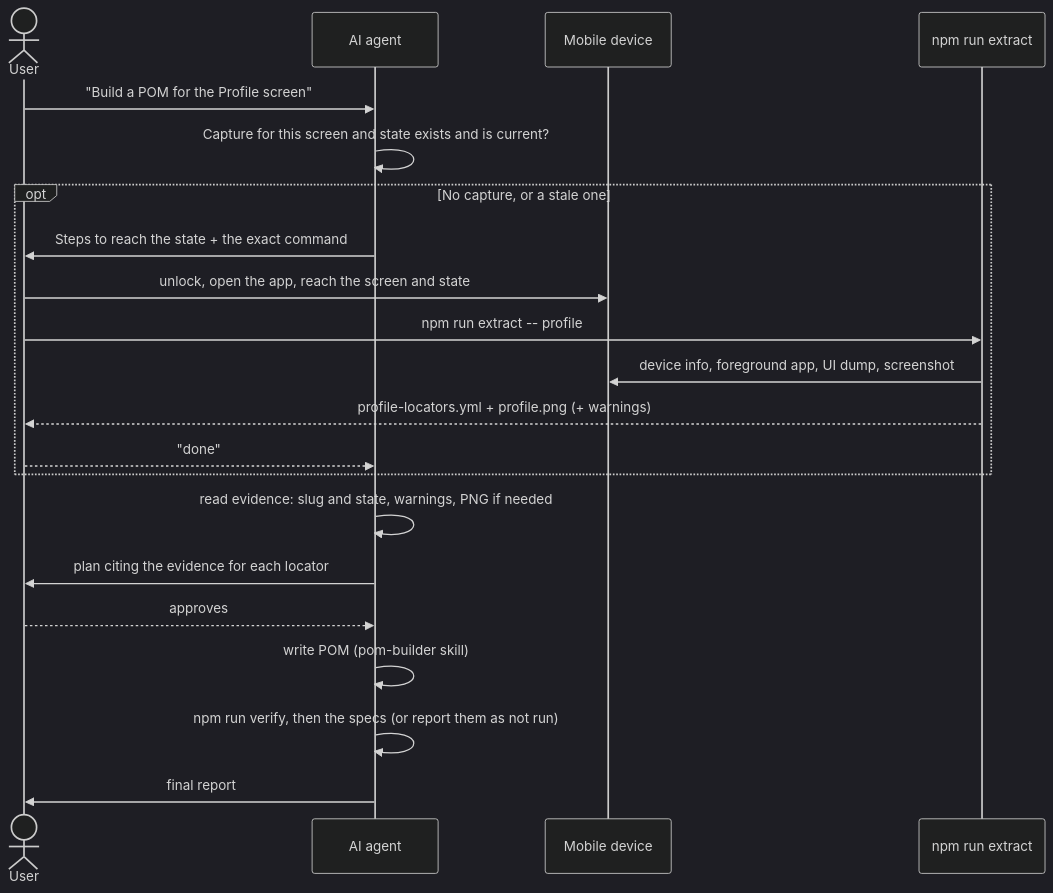
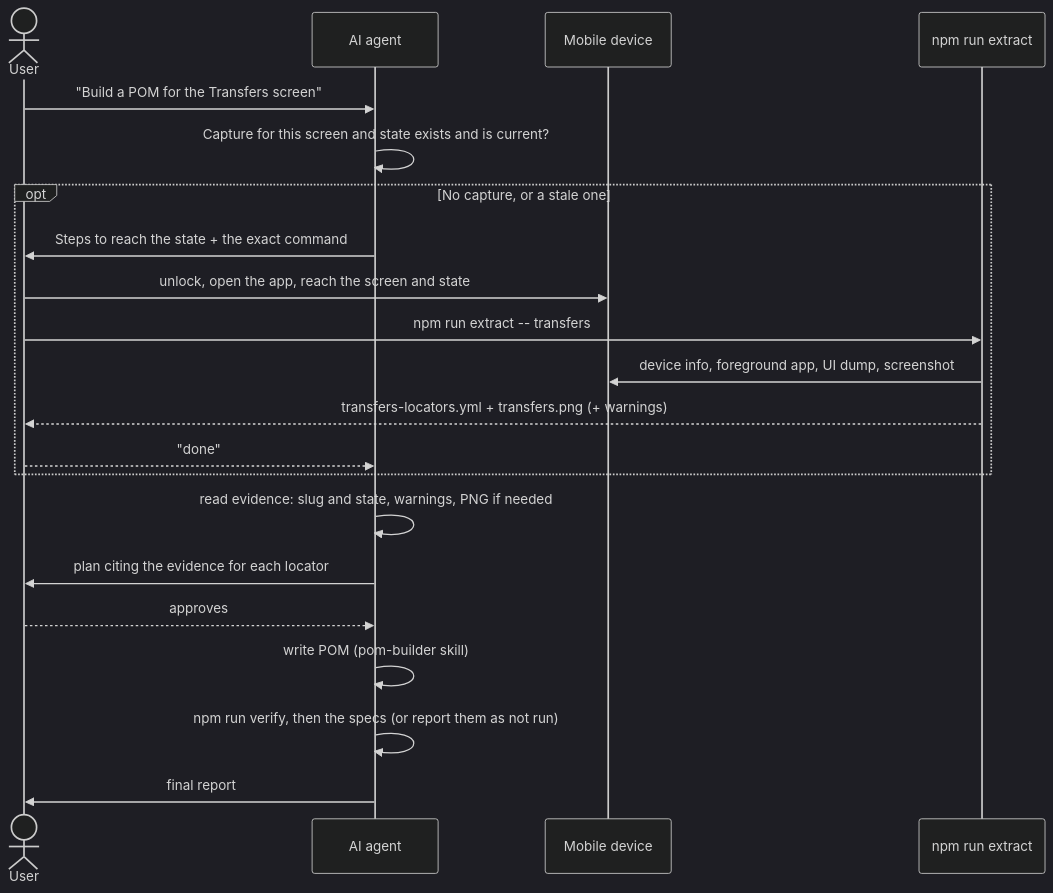
One commit to OmarGamall/mobilewright-poc-scb changed the diagram in docs/ai-integration.md. Above: the diagram before and after it, drawn with Mermaid (dark theme). The commit also changed other lines of this file and 3 other files, not shown here.

````diff
--- a/docs/ai-integration.md
+++ b/docs/ai-integration.md
@@ -21,24 +21,24 @@
 ```mermaid
 sequenceDiagram
     actor User
     participant Agent as AI agent
     participant Device as Mobile device
     participant Extractor as npm run extract
 
-    User->>Agent: "Build a POM for the Profile screen"
+    User->>Agent: "Build a POM for the Transfers screen"
     Agent->>Agent: Capture for this screen and state exists and is current?
     opt No capture, or a stale one
         Agent->>User: Steps to reach the state + the exact command
         User->>Device: unlock, open the app, reach the screen and state
-        User->>Extractor: npm run extract -- profile
+        User->>Extractor: npm run extract -- transfers
         Extractor->>Device: device info, foreground app, UI dump, screenshot
-        Extractor-->>User: profile-locators.yml + profile.png (+ warnings)
+        Extractor-->>User: transfers-locators.yml + transfers.png (+ warnings)
         User-->>Agent: "done"
     end
     Agent->>Agent: read evidence: slug and state, warnings, PNG if needed
     Agent->>User: plan citing the evidence for each locator
     User-->>Agent: approves
     Agent->>Agent: write POM (pom-builder skill)
     Agent->>Agent: npm run verify, then the specs (or report them as not run)
     Agent->>User: final report
 ```
````
